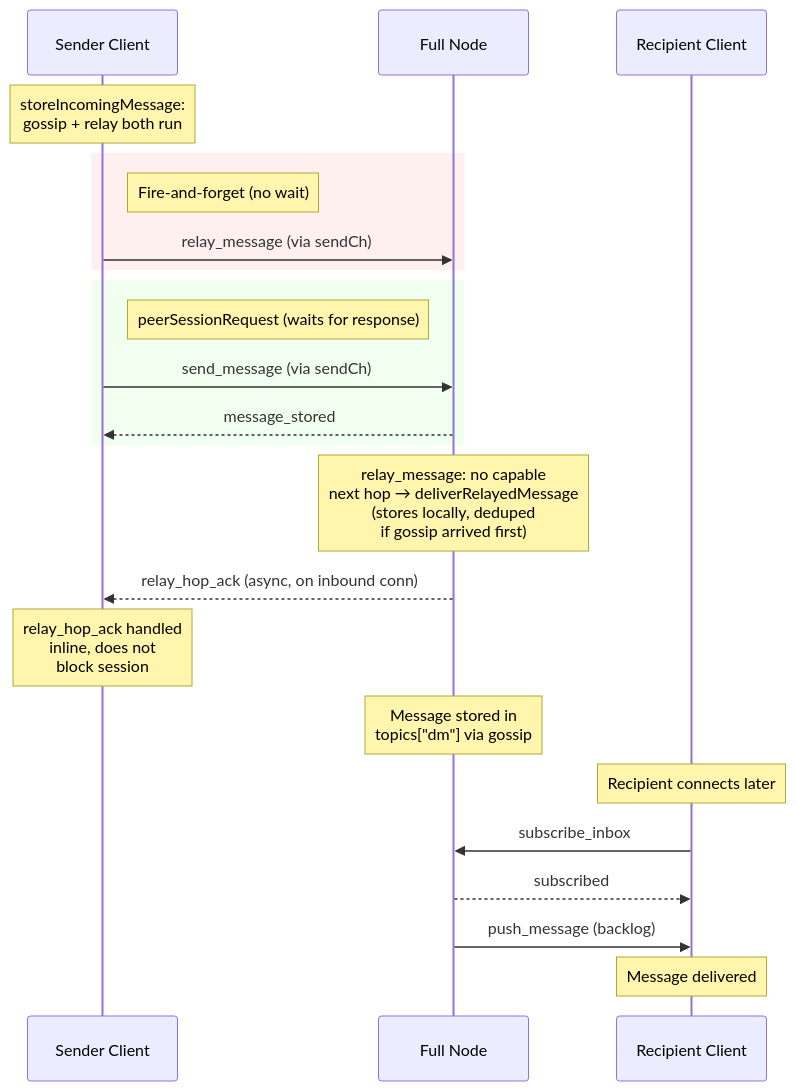
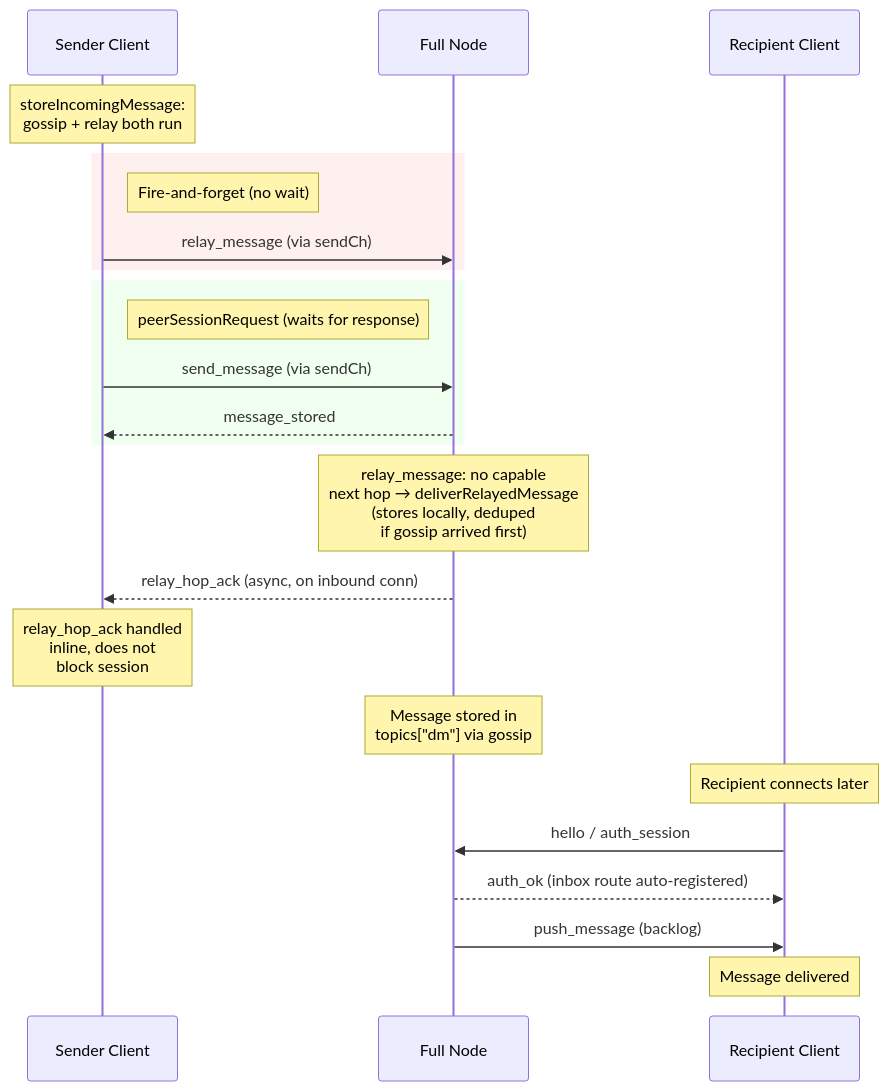
Before and after one commit to piratecash/corsa: the third of 8 diagrams in docs/protocol/relay.md, drawn with Mermaid. The commit also changed other lines of this file and 67 other files, not shown here.

````diff
--- a/docs/protocol/relay.md
+++ b/docs/protocol/relay.md
@@ -280,31 +280,31 @@
 ```mermaid
 sequenceDiagram
     participant SC as Sender Client
     participant FN as Full Node
     participant RC as Recipient Client
 
     Note over SC: storeIncomingMessage:<br/>gossip + relay both run
 
     rect rgb(255, 240, 240)
         Note right of SC: Fire-and-forget (no wait)
         SC->>FN: relay_message (via sendCh)
     end
 
     rect rgb(240, 255, 240)
         Note right of SC: peerSessionRequest (waits for response)
         SC->>FN: send_message (via sendCh)
         FN-->>SC: message_stored
     end
 
     Note over FN: relay_message: no capable<br/>next hop → deliverRelayedMessage<br/>(stores locally, deduped<br/>if gossip arrived first)
     FN-->>SC: relay_hop_ack (async, on inbound conn)
     Note over SC: relay_hop_ack handled<br/>inline, does not<br/>block session
 
     Note over FN: Message stored in<br/>topics["dm"] via gossip
 
     Note over RC: Recipient connects later
-    RC->>FN: subscribe_inbox
-    FN-->>RC: subscribed
+    RC->>FN: hello / auth_session
+    FN-->>RC: auth_ok (inbox route auto-registered)
     FN->>RC: push_message (backlog)
     Note over RC: Message delivered
 ```
````
